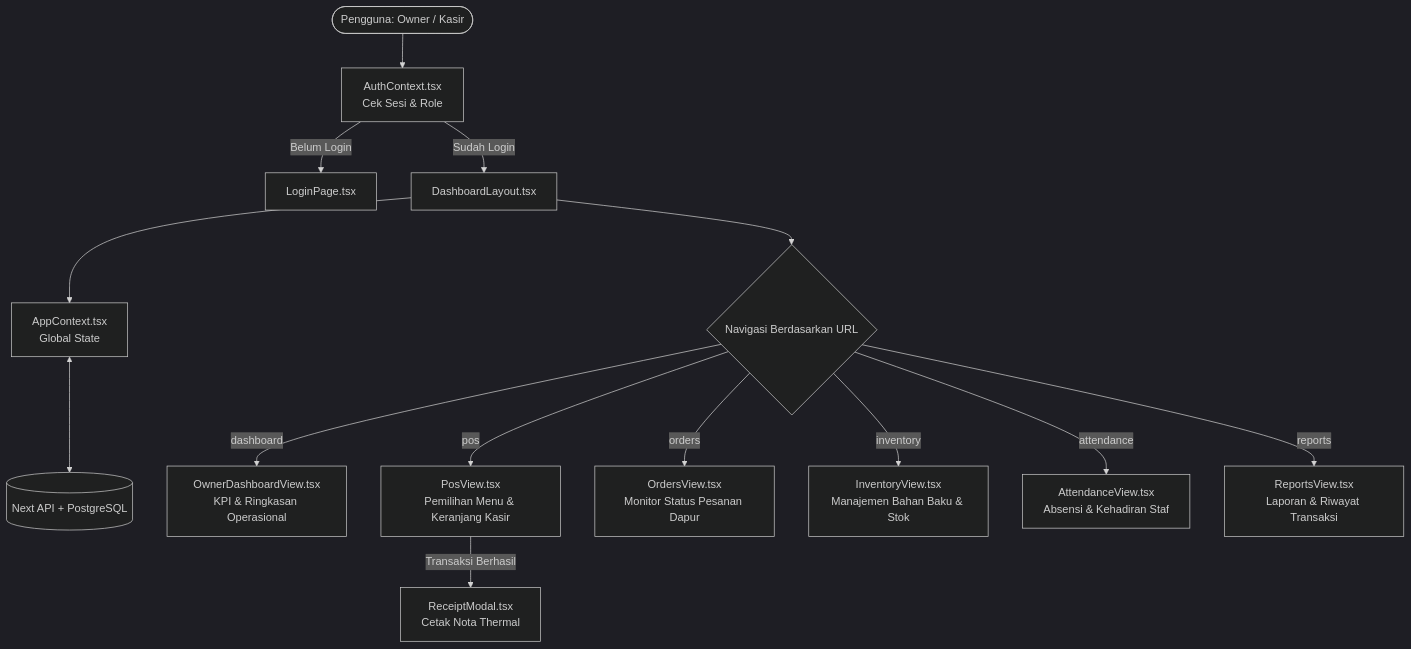
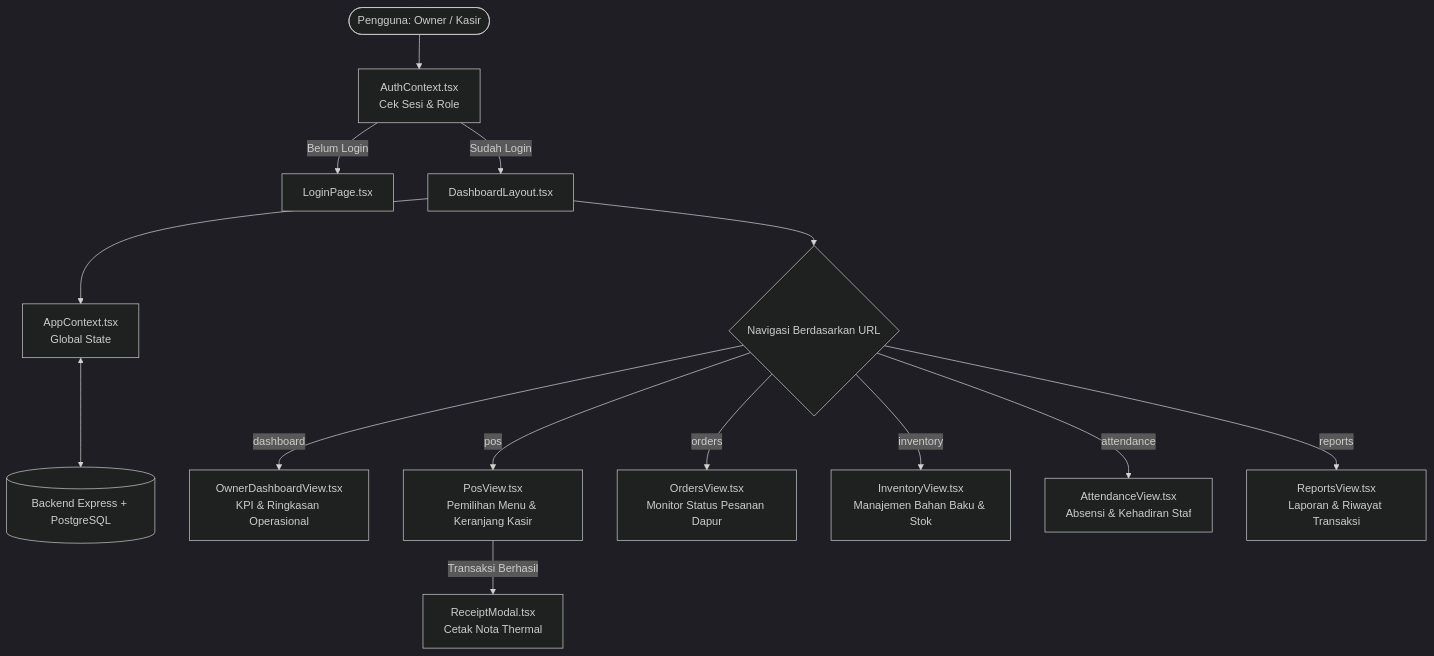
Before and after one commit to sabnyyyyyy/web-dashboard-wongkito: the diagram in README.md, drawn with Mermaid (dark theme). The commit also changed other lines of this file and 175 other files, not shown here.

````diff
--- a/README.md
+++ b/README.md
@@ -93,19 +96,19 @@
 ```mermaid
 flowchart TD
     User([Pengguna: Owner / Kasir]) --> AuthCtx[AuthContext.tsx\nCek Sesi & Role]
     AuthCtx -->|Belum Login| LoginView[LoginPage.tsx]
     AuthCtx -->|Sudah Login| Layout[DashboardLayout.tsx]
     
     Layout --> AppCtx[AppContext.tsx\nGlobal State]
-    AppCtx <--> API[(Next API + PostgreSQL)]
+    AppCtx <--> API[(Backend Express + PostgreSQL)]
     
     Layout --> Views{Navigasi Berdasarkan URL}
     Views -->|dashboard| OwnerView[OwnerDashboardView.tsx\nKPI & Ringkasan Operasional]
     Views -->|pos| PosView[PosView.tsx\nPemilihan Menu & Keranjang Kasir]
     Views -->|orders| OrdersView[OrdersView.tsx\nMonitor Status Pesanan Dapur]
     Views -->|inventory| InventoryView[InventoryView.tsx\nManajemen Bahan Baku & Stok]
     Views -->|attendance| AttendanceView[AttendanceView.tsx\nAbsensi & Kehadiran Staf]
     Views -->|reports| ReportsView[ReportsView.tsx\nLaporan & Riwayat Transaksi]
     
     PosView -->|Transaksi Berhasil| Receipt[ReceiptModal.tsx\nCetak Nota Thermal]
 ```
````
